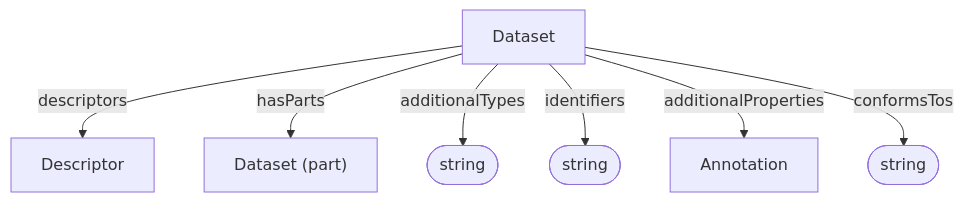
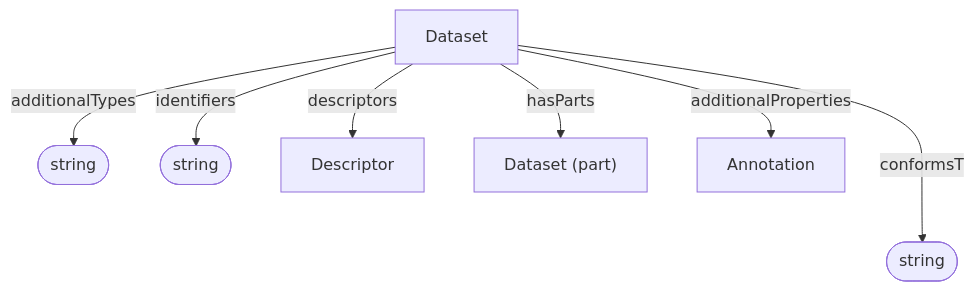
Before and after one commit to HLWeil/ARC-base-model: the diagram in docs/spec/semantic_designation/Dataset.md, drawn with Mermaid. The commit also changed other lines of this file and 3 other files, not shown here.

Commit message:
docs: rename conformsTos to conformsTo in core specs

````diff
--- a/docs/spec/semantic_designation/Dataset.md
+++ b/docs/spec/semantic_designation/Dataset.md
@@ -30,13 +30,13 @@
 ```mermaid
 flowchart TD
     additionalTypes@{ shape: stadium, label: "string" }
     identifiers@{ shape: stadium, label: "string" }
     ct@{ shape: stadium, label: "string" }
 
     Dataset --descriptors--> Descriptor
     Dataset --hasParts--> NestedDataset["Dataset (part)"]
     Dataset --additionalTypes--> additionalTypes
     Dataset --identifiers--> identifiers
     Dataset --additionalProperties--> Annotation
-    Dataset --conformsTos--> ct
+    Dataset --conformsTo--> ct
 ```
````
